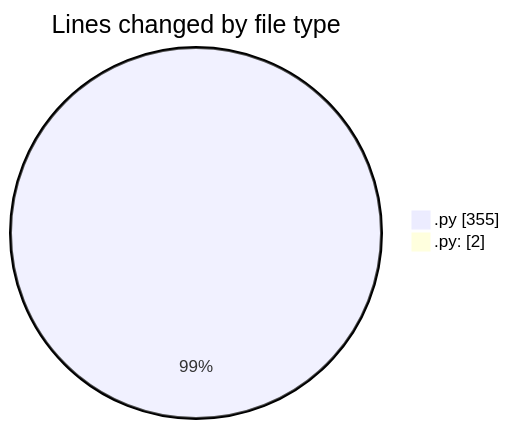
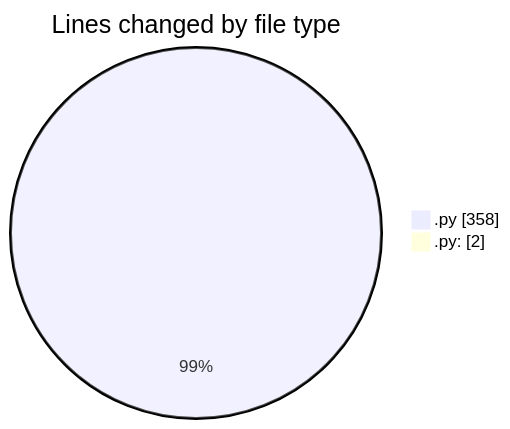
One commit to momahboobian/code-tracking changed the first of 2 diagrams in 2025-02-22/samplepdf/README.md. Above: the diagram before and after it, drawn with Mermaid. The commit also changed other lines of this file and 1 other file, not shown here.

````diff
--- a/2025-02-22/samplepdf/README.md
+++ b/2025-02-22/samplepdf/README.md
@@ -25,6 +25,6 @@
 ```mermaid
 pie showData
 title Lines changed by file type
-".py" : 355
+".py" : 358
 ".py:" : 2
 ```
````
